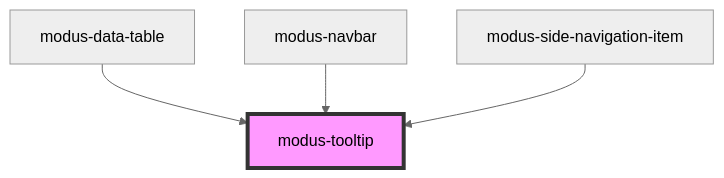
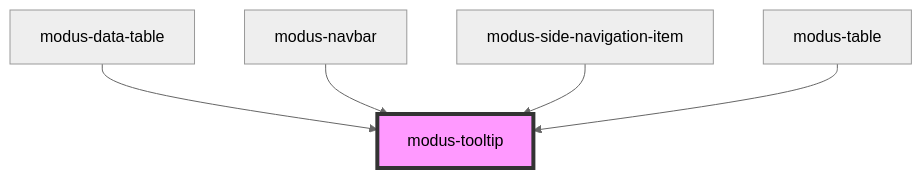
One commit to trimble-oss/modus-web-components changed the diagram in stencil-workspace/src/components/modus-tooltip/readme.md. Above: the diagram before and after it, drawn with Mermaid (neutral theme). The commit also changed other lines of this file and 48 other files, not shown here.

First line of the commit message:
Created a new Modus Table with following features

````diff
--- a/stencil-workspace/src/components/modus-tooltip/readme.md
+++ b/stencil-workspace/src/components/modus-tooltip/readme.md
@@ -27,7 +28,8 @@
 ```mermaid
 graph TD;
   modus-data-table --> modus-tooltip
   modus-navbar --> modus-tooltip
   modus-side-navigation-item --> modus-tooltip
+  modus-table --> modus-tooltip
   style modus-tooltip fill:#f9f,stroke:#333,stroke-width:4px
 ```
````
